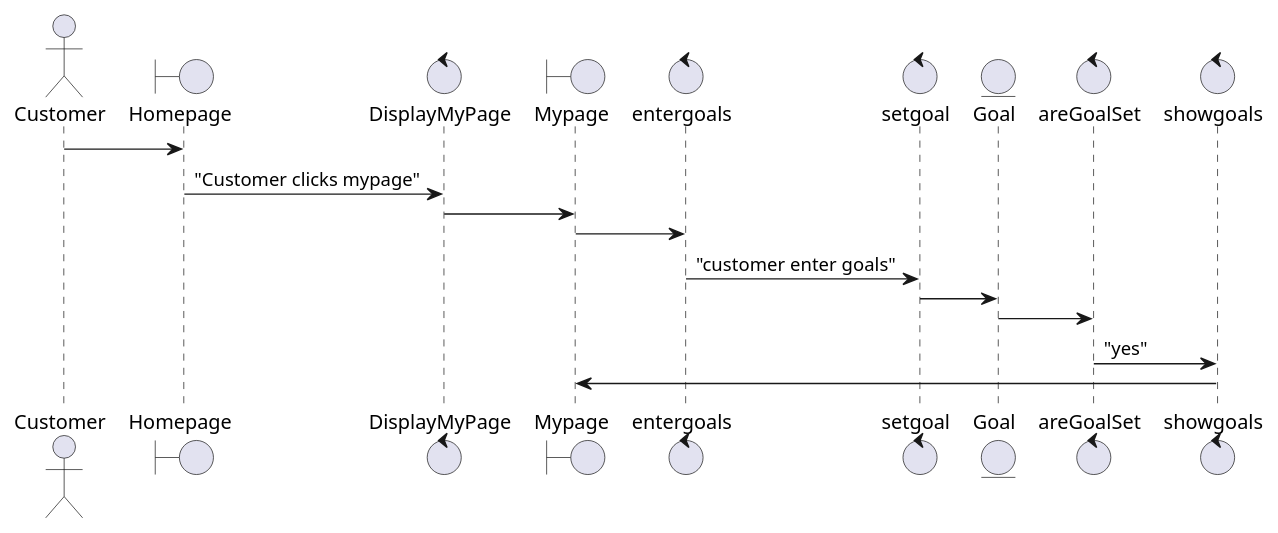
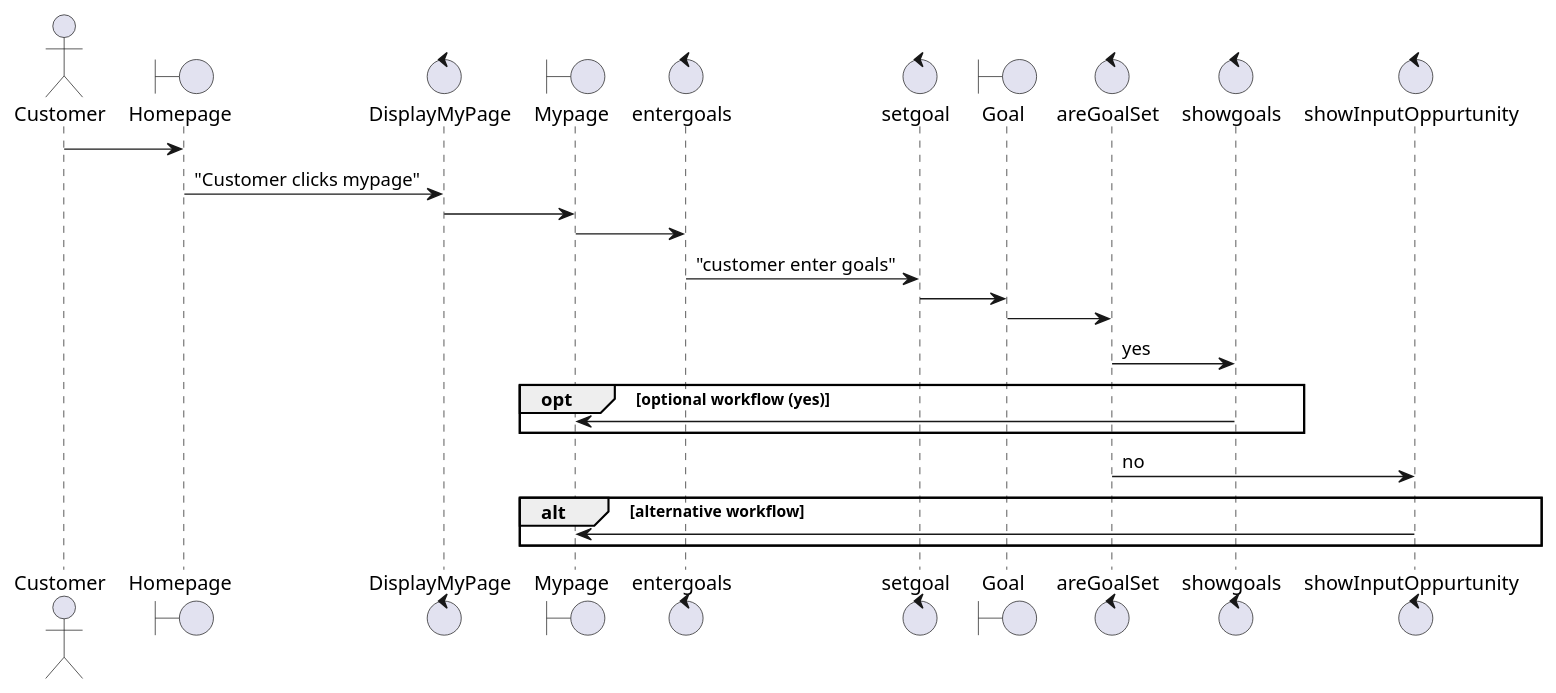
One commit to cph-sn286/sequence-diagram changed the diagram in src/TIC Sequence diagram.puml. Above: the diagram before and after it, drawn with PlantUML.

Commit message:
opt and alt workflows

```diff
--- a/src/TIC Sequence diagram.puml
+++ b/src/TIC Sequence diagram.puml
@@ -1,25 +1,35 @@
 @startuml
 
 actor       Customer       as customer
 boundary    Homepage    as homepage
 control     DisplayMyPage     as displaymypage
 boundary    Mypage    as mypage
 control     entergoals   as entergoals
 control     setgoal  as setgoal
-entity      Goal      as goal
+boundary      Goal      as goal
 control     areGoalSet as areGoalSet
 control showgoals as showgoals
+control showInputOppurtunity as showInputOppurtunity
 
 
 
 
 customer -> homepage:
 homepage -> displaymypage : "Customer clicks mypage"
 displaymypage -> mypage :
 mypage -> entergoals :
 entergoals -> setgoal : "customer enter goals"
 setgoal -> goal :
 goal -> areGoalSet :
-areGoalSet -> showgoals : "yes"
+areGoalSet -> showgoals : yes
+OPT optional workflow (yes)
 showgoals -> mypage :
+end
+areGoalSet -> showInputOppurtunity : no
+ALT alternative workflow
+showInputOppurtunity -> mypage :
+end
+
+
+
 @enduml
```
